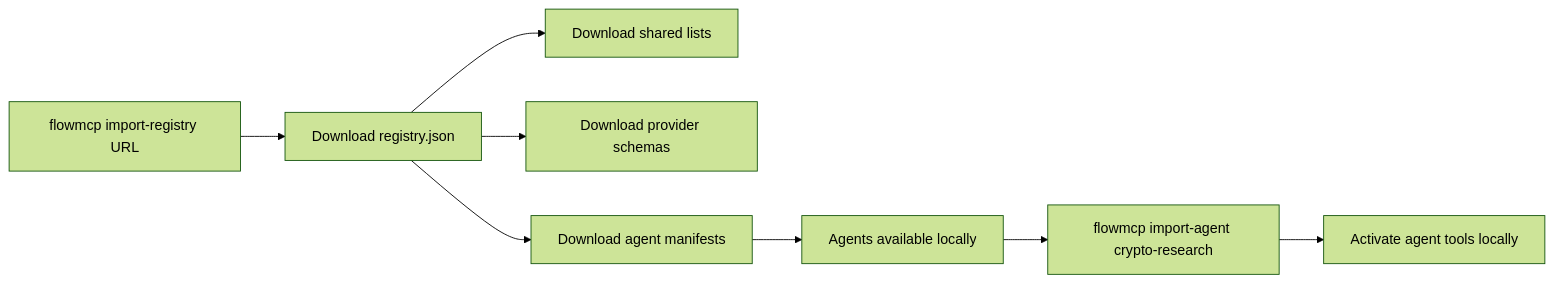
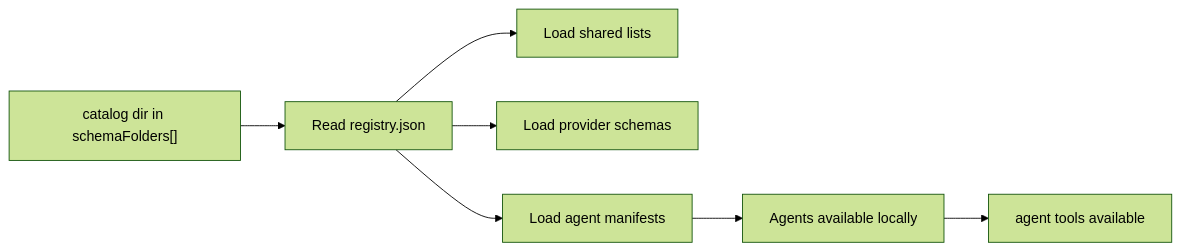
The second of 3 diagrams in spec/v4.3.0/15-catalog.md (FlowMCP/flowmcp-spec), drawn with Mermaid (forest theme) before and after one commit. The commit also changed other lines of this file and 11 other files, not shown here.

````diff
--- a/spec/v4.3.0/15-catalog.md
+++ b/spec/v4.3.0/15-catalog.md
@@ -254,10 +254,9 @@
 ```mermaid
 flowchart LR
-    A["flowmcp import-registry URL"] --> B[Download registry.json]
-    B --> C[Download shared lists]
-    B --> D[Download provider schemas]
-    B --> E[Download agent manifests]
+    A["catalog dir in schemaFolders[]"] --> B[Read registry.json]
+    B --> C[Load shared lists]
+    B --> D[Load provider schemas]
+    B --> E[Load agent manifests]
     E --> F[Agents available locally]
-    F --> G["flowmcp import-agent crypto-research"]
-    G --> H[Activate agent tools locally]
+    F --> G[agent tools available]
 ```
````
